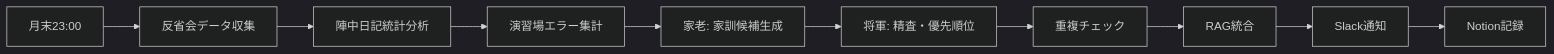
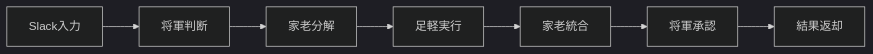
Before and after one commit to 98kuwa036/Bushidan-Multi-Agent: the diagram in README.md, drawn with Mermaid (dark theme). The commit also changed other lines of this file and 20 other files, not shown here.

First line of the commit message:
Implement Bushidan Multi-Agent System v9.1 complete architecture

````diff
--- a/README.md
+++ b/README.md
@@ -66,12 +73,9 @@
 ```mermaid
 graph LR
-    A[月末23:00] --> B[反省会データ収集]
-    B --> C[陣中日記統計分析]
-    C --> D[演習場エラー集計]
-    D --> E[家老: 家訓候補生成]
-    E --> F[将軍: 精査・優先順位]
-    F --> G[重複チェック]
-    G --> H[RAG統合]
-    H --> I[Slack通知]
-    I --> J[Notion記録]
+    A[Slack入力] --> B[将軍判断]
+    B --> C[家老分解]
+    C --> D[足軽実行]
+    D --> E[家老統合]
+    E --> F[将軍承認]
+    F --> G[結果返却]
 ```
````
